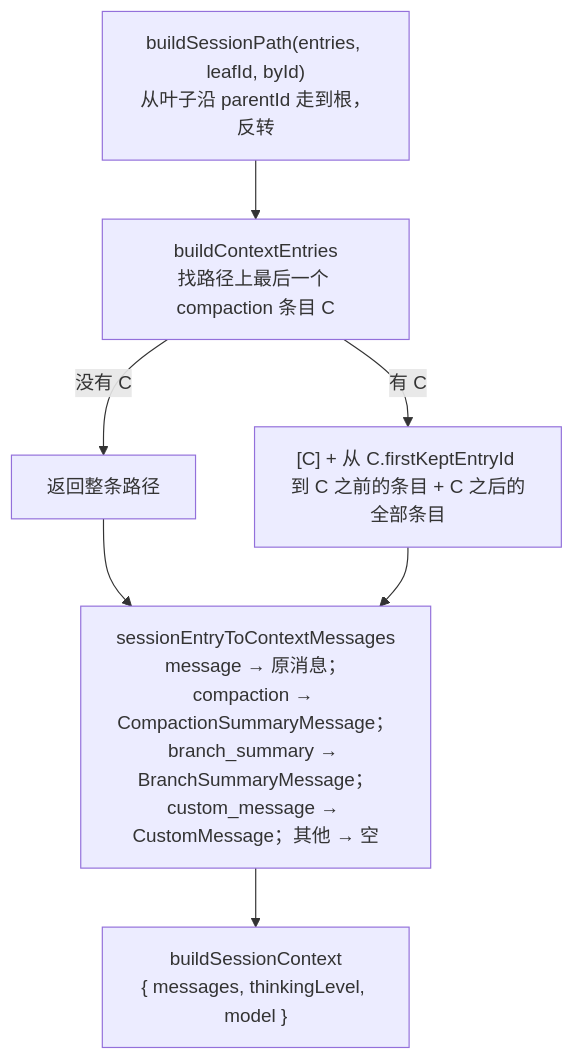
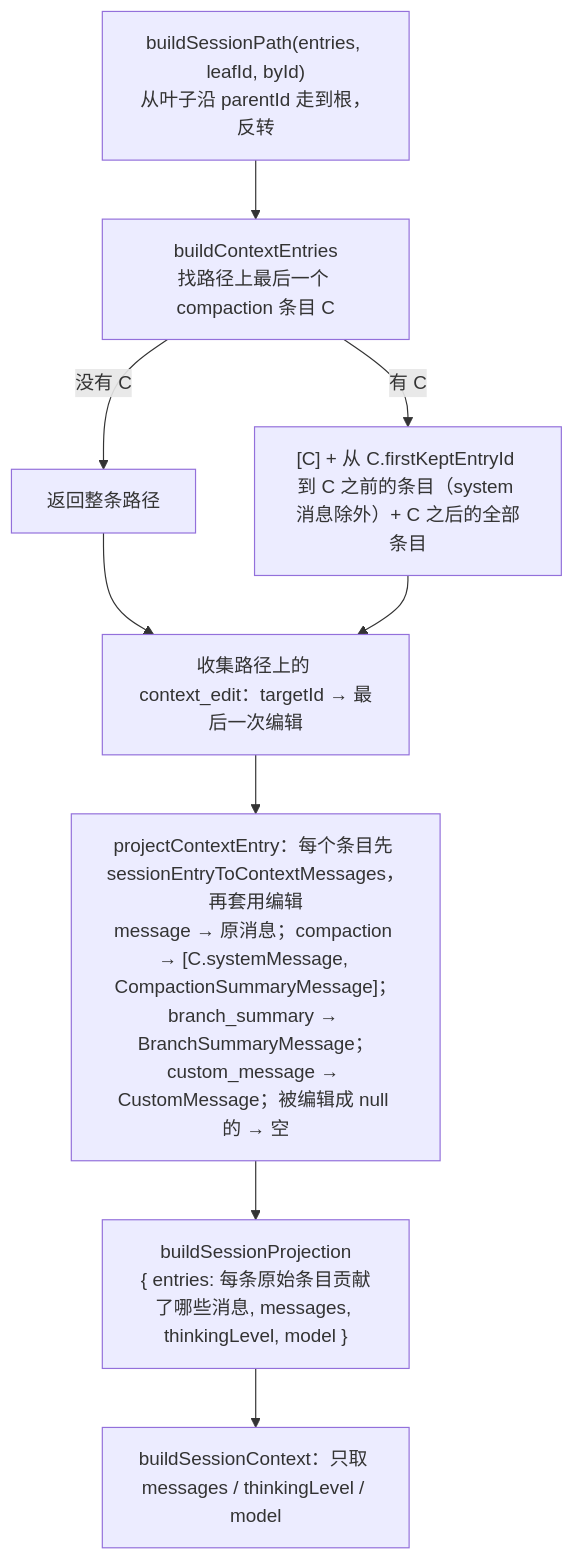
Diagram 16 of 18 in src/content/post/agents-pi-mono/index.md (nickqiaoo/nickqiaoo.github.io), drawn with Mermaid before and after one commit. The commit also changed other lines of this file and 1 other file, not shown here.

````diff
--- a/src/content/post/agents-pi-mono/index.md
+++ b/src/content/post/agents-pi-mono/index.md
@@ -1614,9 +1829,11 @@
 ```mermaid
 flowchart TD
   A["buildSessionPath(entries, leafId, byId)<br/>从叶子沿 parentId 走到根，反转"] --> B["buildContextEntries<br/>找路径上最后一个 compaction 条目 C"]
   B -->|没有 C| D["返回整条路径"]
-  B -->|有 C| E["[C] + 从 C.firstKeptEntryId 到 C 之前的条目 + C 之后的全部条目"]
-  D --> F["sessionEntryToContextMessages<br/>message → 原消息；compaction → CompactionSummaryMessage；branch_summary → BranchSummaryMessage；custom_message → CustomMessage；其他 → 空"]
-  E --> F
-  F --> G["buildSessionContext<br/>{ messages, thinkingLevel, model }"]
+  B -->|有 C| E["[C] + 从 C.firstKeptEntryId 到 C 之前的条目（system 消息除外）+ C 之后的全部条目"]
+  D --> H["收集路径上的 context_edit：targetId → 最后一次编辑"]
+  E --> H
+  H --> F["projectContextEntry：每个条目先 sessionEntryToContextMessages，再套用编辑<br/>message → 原消息；compaction → [C.systemMessage, CompactionSummaryMessage]；branch_summary → BranchSummaryMessage；custom_message → CustomMessage；被编辑成 null 的 → 空"]
+  F --> G["buildSessionProjection<br/>{ entries: 每条原始条目贡献了哪些消息, messages, thinkingLevel, model }"]
+  G --> I["buildSessionContext：只取 messages / thinkingLevel / model"]
 ```
````
